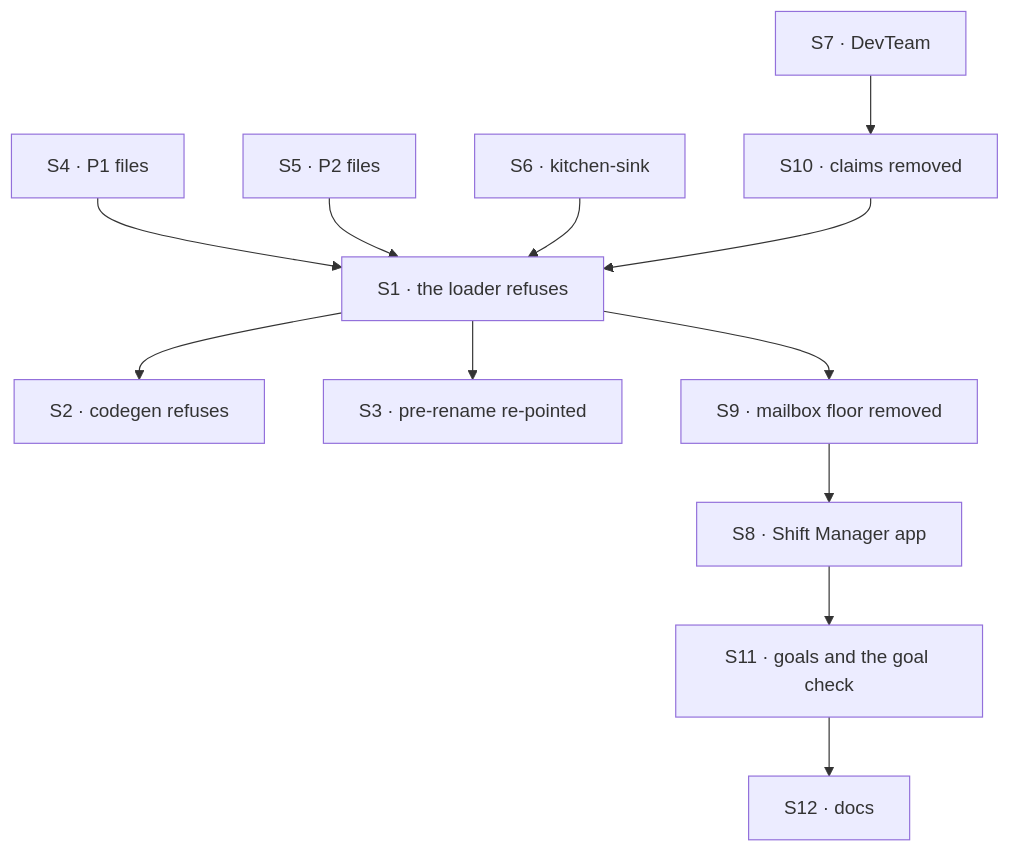
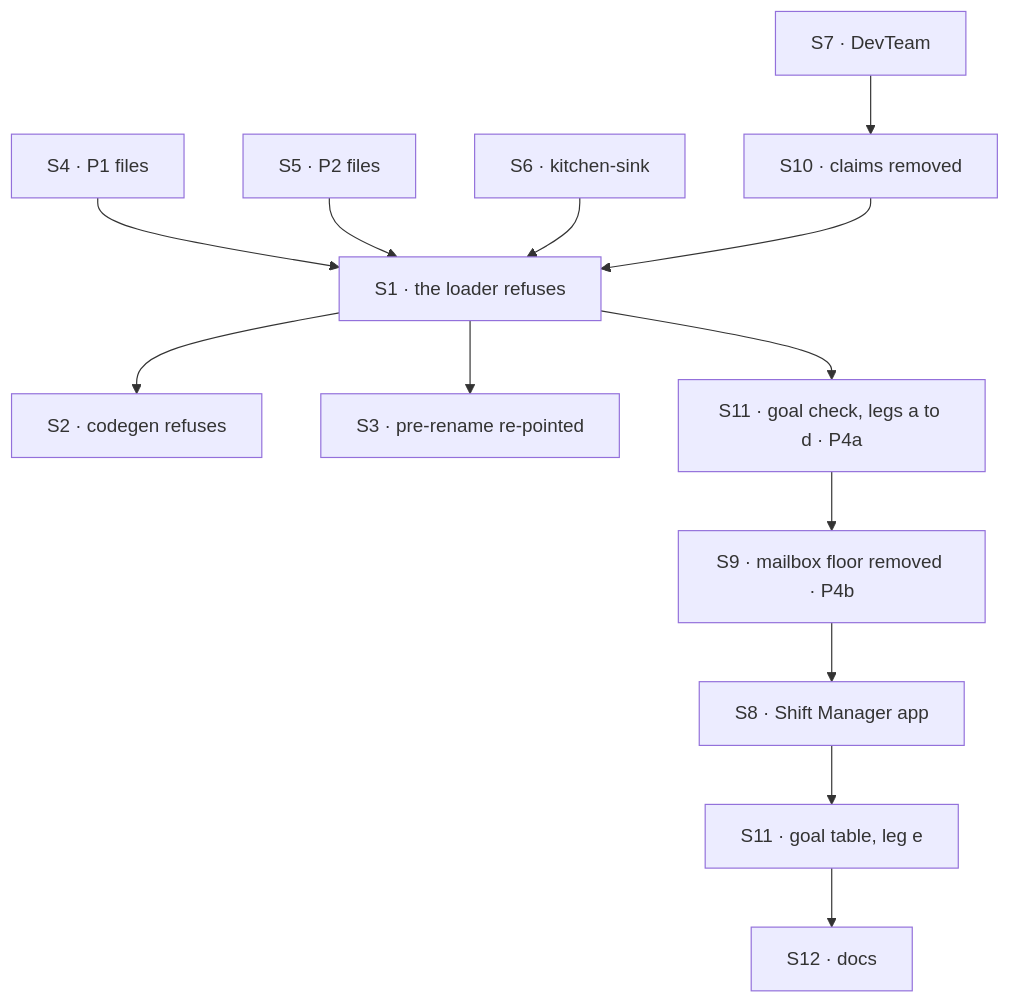
The diagram in specs/issues/FIX-1792/PLAN.md (fixpoint-labs/flow-state-dev), drawn with Mermaid before and after one commit. The commit also changed other lines of this file and 7 other files, not shown here.

````diff
--- a/specs/issues/FIX-1792/PLAN.md
+++ b/specs/issues/FIX-1792/PLAN.md
@@ -37,14 +39,15 @@
 ```mermaid
 flowchart TD
   S4["S4 · P1 files"] --> S1["S1 · the loader refuses"]
   S5["S5 · P2 files"] --> S1
   S6["S6 · kitchen-sink"] --> S1
   S7["S7 · DevTeam"] --> S10["S10 · claims removed"]
   S10 --> S1
   S1 --> S2["S2 · codegen refuses"]
   S1 --> S3["S3 · pre-rename re-pointed"]
-  S1 --> S9["S9 · mailbox floor removed"]
+  S1 --> GC["S11 · goal check, legs a to d · P4a"]
+  GC --> S9["S9 · mailbox floor removed · P4b"]
   S9 --> S8["S8 · Shift Manager app"]
-  S8 --> S11["S11 · goals and the goal check"]
+  S8 --> S11["S11 · goal table, leg e"]
   S11 --> S12["S12 · docs"]
 ```
````
